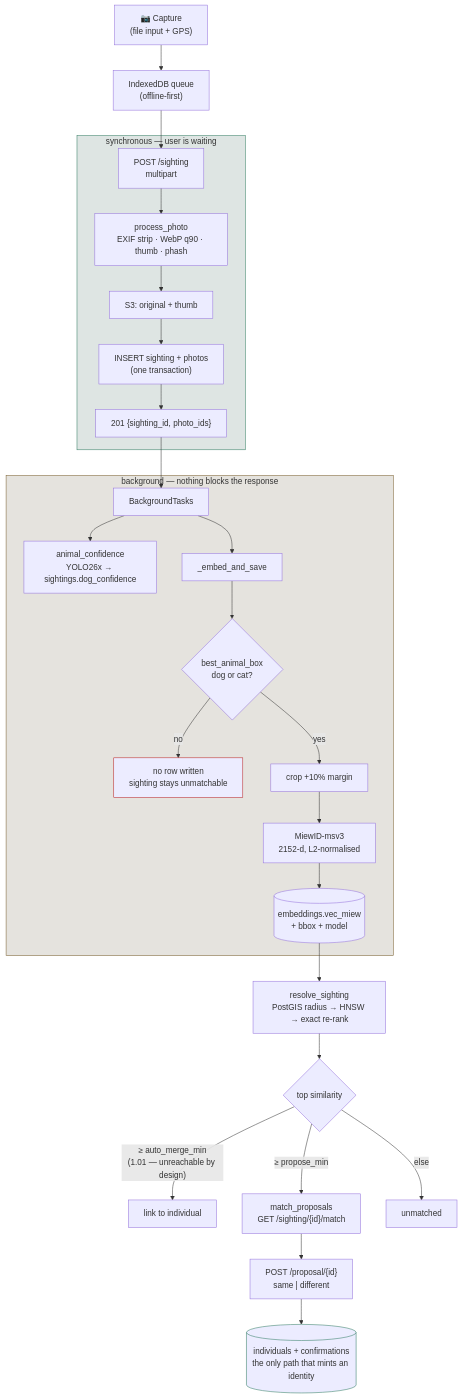
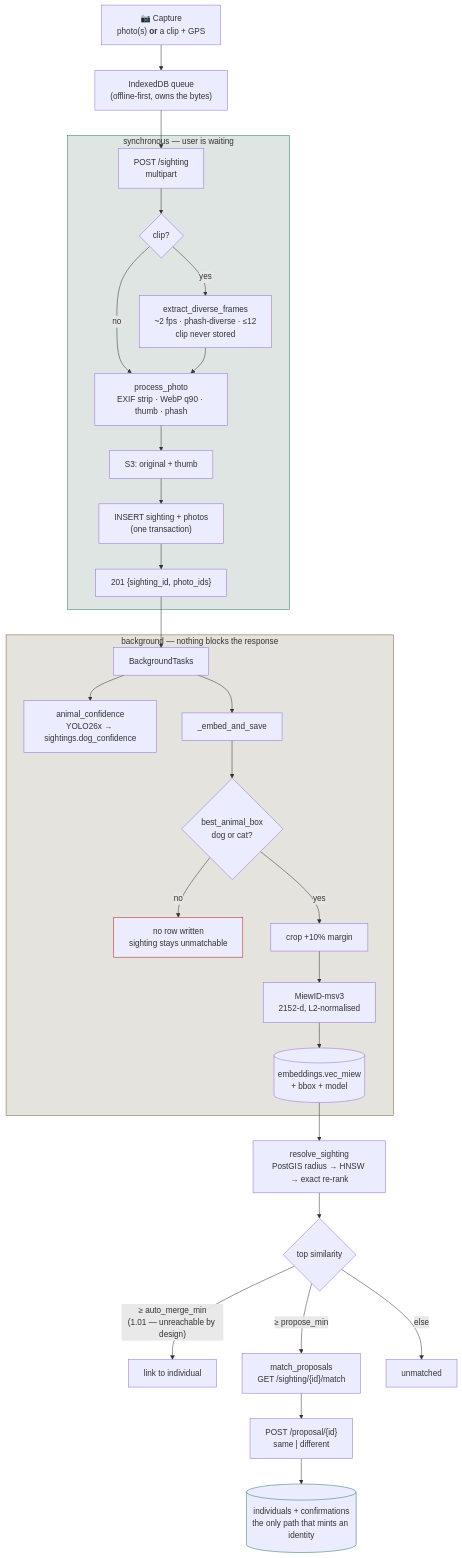
One commit to namma-indies/app changed the diagram in AGENTS.md. Above: the diagram before and after it, drawn with Mermaid. The commit also changed other lines of this file and 8 other files, not shown here.

First line of the commit message:
fix: query with every frame of a sighting, and make the clip path survive offline

````diff
--- a/AGENTS.md
+++ b/AGENTS.md
@@ -20,37 +20,40 @@
 ```mermaid
 flowchart TD
-    A["📷 Capture<br/>(file input + GPS)"] --> B["IndexedDB queue<br/>(offline-first)"]
+    A["📷 Capture<br/>photo(s) <b>or</b> a clip + GPS"] --> B["IndexedDB queue<br/>(offline-first, owns the bytes)"]
     B --> C["POST /sighting<br/>multipart"]
 
     subgraph SYNC["synchronous — user is waiting"]
-        C --> D["process_photo<br/>EXIF strip · WebP q90 · thumb · phash"]
+        C --> C2{"clip?"}
+        C2 -- yes --> C3["extract_diverse_frames<br/>~2 fps · phash-diverse · ≤12<br/>clip never stored"]
+        C2 -- no --> D
+        C3 --> D["process_photo<br/>EXIF strip · WebP q90 · thumb · phash"]
         D --> E["S3: original + thumb"]
         E --> F["INSERT sighting + photos<br/>(one transaction)"]
         F --> G["201 {sighting_id, photo_ids}"]
     end
 
     G --> H["BackgroundTasks"]
 
     subgraph BG["background — nothing blocks the response"]
         H --> I["animal_confidence<br/>YOLO26x → sightings.dog_confidence"]
         H --> J["_embed_and_save"]
         J --> K{"best_animal_box<br/>dog or cat?"}
         K -- no --> L["no row written<br/>sighting stays unmatchable"]
         K -- yes --> M["crop +10% margin"]
         M --> N["MiewID-msv3<br/>2152-d, L2-normalised"]
         N --> O[("embeddings.vec_miew<br/>+ bbox + model")]
     end
 
     O --> P["resolve_sighting<br/>PostGIS radius → HNSW → exact re-rank"]
     P --> R{"top similarity"}
     R -- "≥ auto_merge_min<br/>(1.01 — unreachable by design)" --> S["link to individual"]
     R -- "≥ propose_min" --> T["match_proposals<br/>GET /sighting/{id}/match"]
     R -- else --> U["unmatched"]
     T --> V["POST /proposal/{id}<br/>same | different"]
     V --> W[("individuals + confirmations<br/>the only path that mints an identity")]
 
     style SYNC fill:#0b3d2e22,stroke:#2d7a5f
     style BG fill:#3d2e0b22,stroke:#7a5f2d
     style L stroke:#b91c1c
     style W stroke:#2d7a5f
 ```
````
